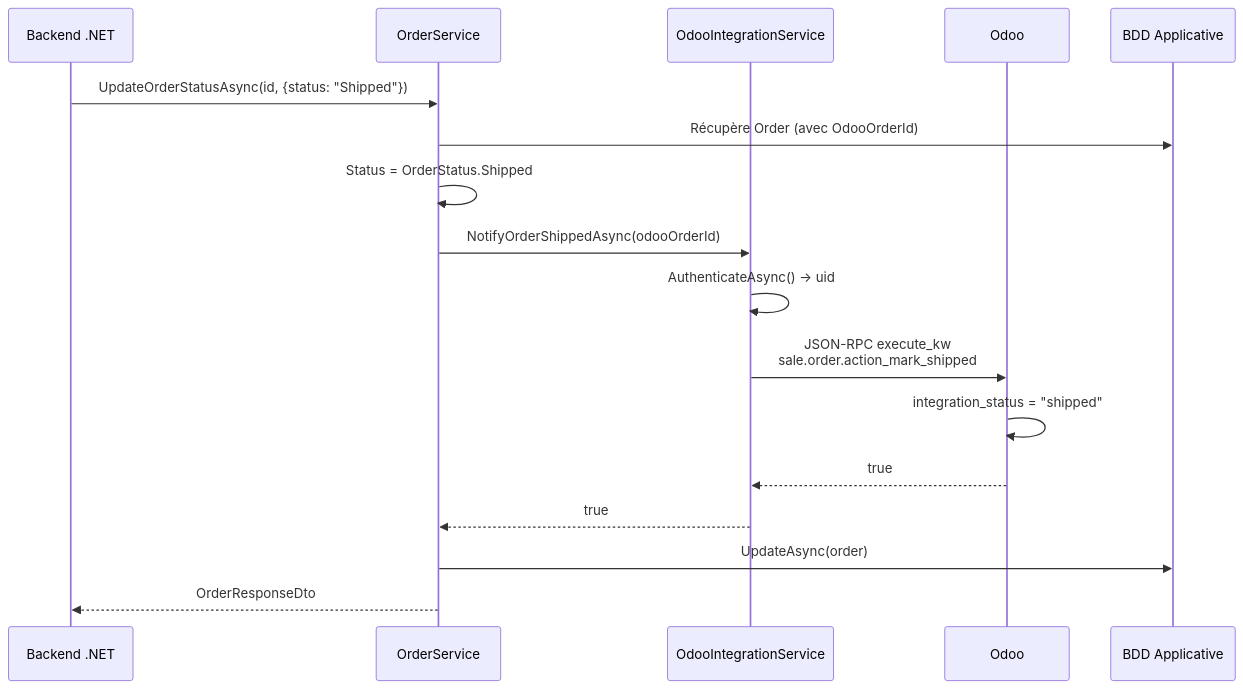
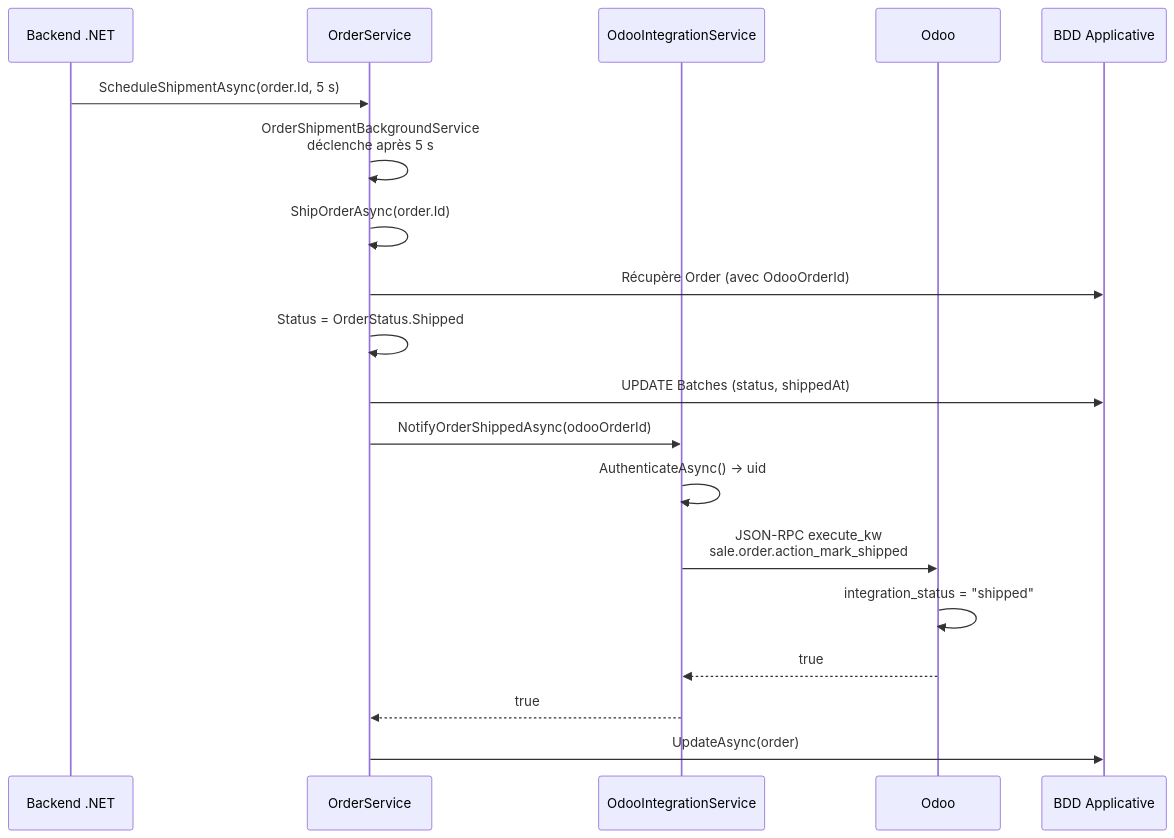
Before and after one commit to FutureKawa-Nte-G2/FutureKawa: the third of 3 diagrams in Documentation/diagrammes/architecture_odoo_integration.md, drawn with Mermaid. The commit also changed other lines of this file and 17 other files, not shown here.

````diff
--- a/Documentation/diagrammes/architecture_odoo_integration.md
+++ b/Documentation/diagrammes/architecture_odoo_integration.md
@@ -89,20 +88,22 @@
 ```mermaid
 sequenceDiagram
     participant API as Backend .NET
     participant OS as OrderService
     participant OIS as OdooIntegrationService
     participant O as Odoo
     participant DB as BDD Applicative
 
-    API->>OS: UpdateOrderStatusAsync(id, {status: "Shipped"})
+    API->>OS: ScheduleShipmentAsync(order.Id, 5 s)
+    OS->>OS: OrderShipmentBackgroundService<br/>déclenche après 5 s
+    OS->>OS: ShipOrderAsync(order.Id)
     OS->>DB: Récupère Order (avec OdooOrderId)
     OS->>OS: Status = OrderStatus.Shipped
+    OS->>DB: UPDATE Batches (status, shippedAt)
     OS->>OIS: NotifyOrderShippedAsync(odooOrderId)
     OIS->>OIS: AuthenticateAsync() → uid
     OIS->>O: JSON-RPC execute_kw<br/>sale.order.action_mark_shipped
     O->>O: integration_status = "shipped"
     O-->>OIS: true
     OIS-->>OS: true
     OS->>DB: UpdateAsync(order)
-    OS-->>API: OrderResponseDto
 ```
````
